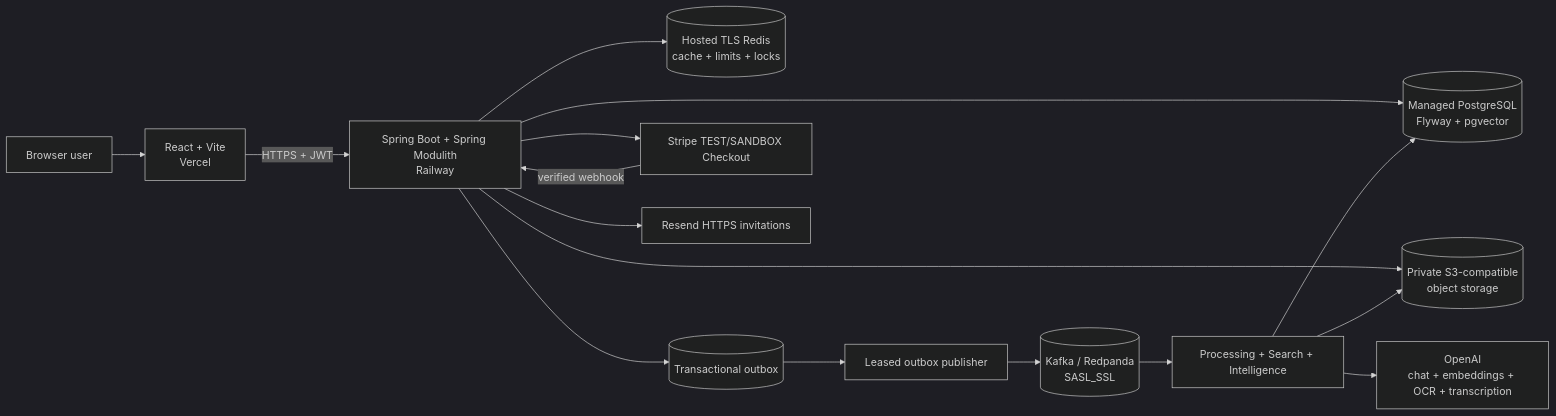
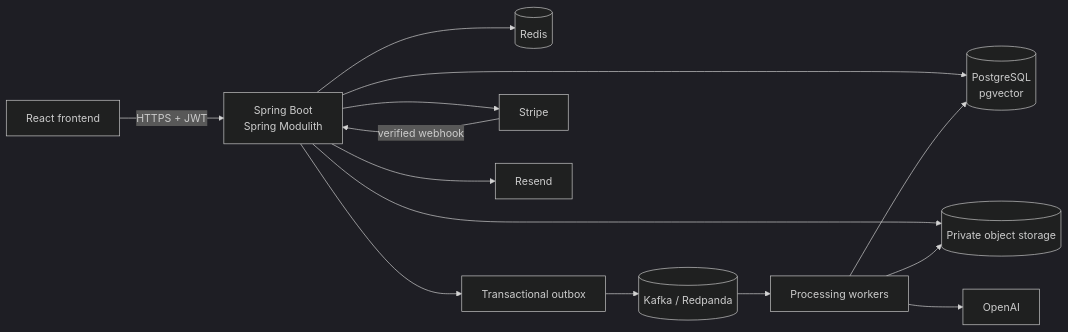
One commit to siddeshagrawal/AssetSphere changed the second of 2 diagrams in README.md. Above: the diagram before and after it, drawn with Mermaid (dark theme). The commit also changed other lines of this file and 4 other files, not shown here.

````diff
--- a/README.md
+++ b/README.md
@@ -475,20 +62,16 @@
 ```mermaid
 flowchart LR
-    User[Browser user] --> Web[React + Vite<br/>Vercel]
-    Web -->|HTTPS + JWT| API[Spring Boot + Spring Modulith<br/>Railway]
-
-    API --> PG[(Managed PostgreSQL<br/>Flyway + pgvector)]
-    API --> Redis[(Hosted TLS Redis<br/>cache + limits + locks)]
-    API --> Storage[(Private S3-compatible<br/>object storage)]
-    API --> Outbox[(Transactional outbox)]
-    Outbox --> Publisher[Leased outbox publisher]
-    Publisher --> Kafka[(Kafka / Redpanda<br/>SASL_SSL)]
-    Kafka --> Workers[Processing + Search + Intelligence]
+    Web[React frontend] -->|HTTPS + JWT| API[Spring Boot<br/>Spring Modulith]
+    API --> PG[(PostgreSQL<br/>pgvector)]
+    API --> Redis[(Redis)]
+    API --> Storage[(Private object storage)]
+    API --> Outbox[Transactional outbox]
+    Outbox --> Kafka[(Kafka / Redpanda)]
+    Kafka --> Workers[Processing workers]
     Workers --> PG
     Workers --> Storage
-    Workers --> OpenAI[OpenAI<br/>chat + embeddings + OCR + transcription]
-
-    API --> Stripe[Stripe TEST/SANDBOX Checkout]
+    Workers --> OpenAI[OpenAI]
+    API --> Stripe[Stripe]
     Stripe -->|verified webhook| API
-    API --> Resend[Resend HTTPS invitations]
+    API --> Resend[Resend]
 ```
````
